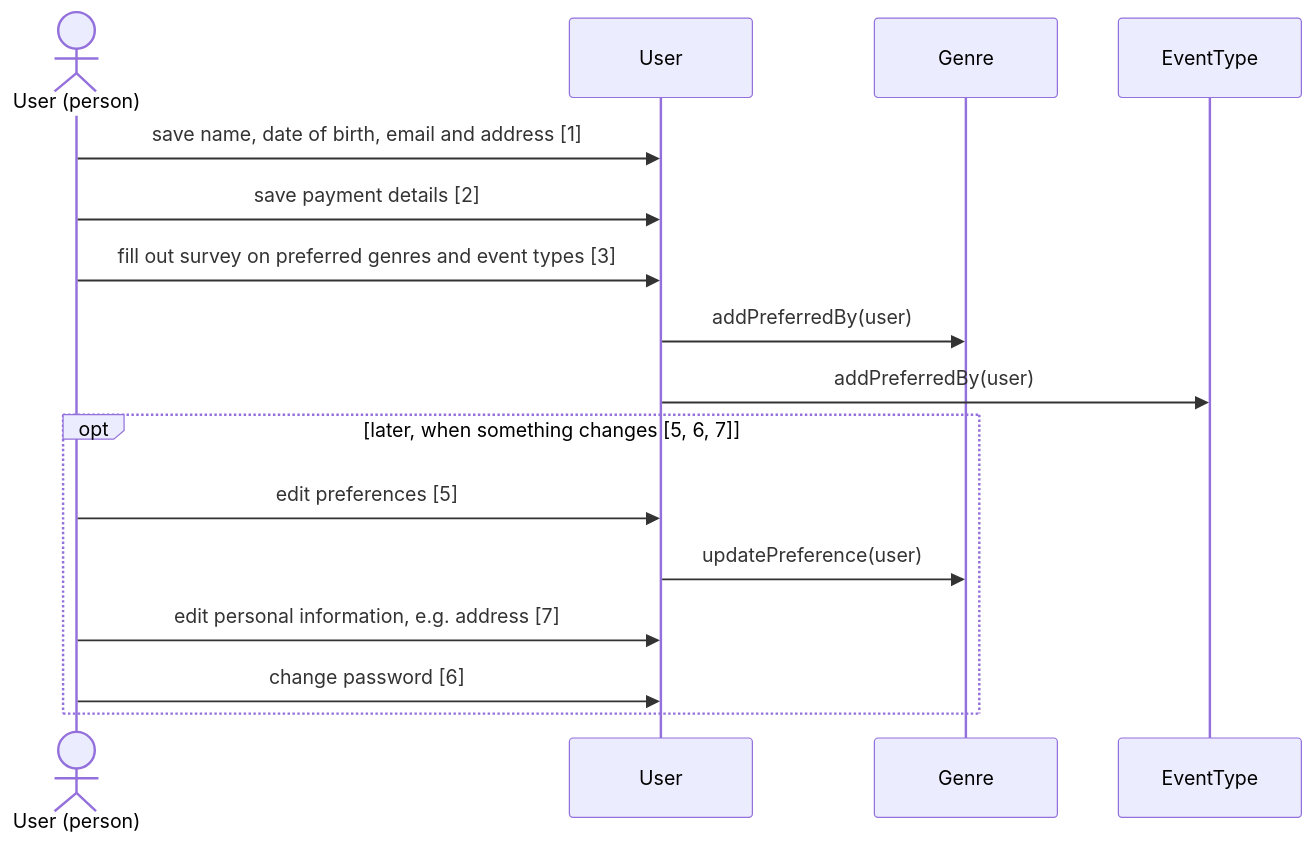
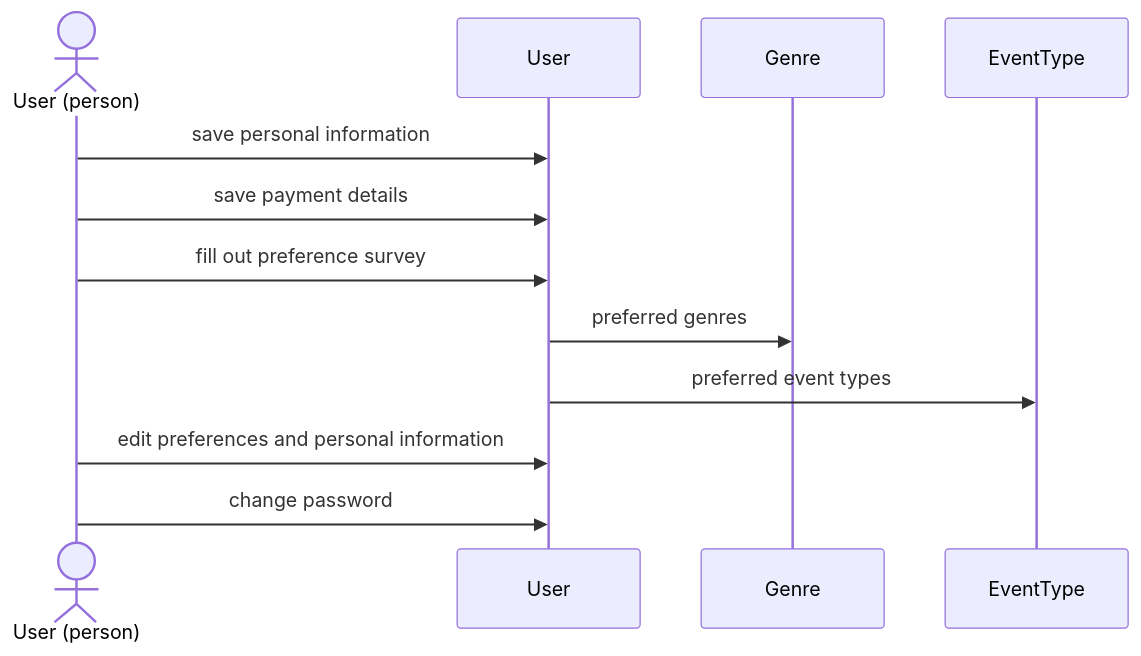
One commit to grumartin/user-story-domain-model-datasets changed the diagram in 4_gold_standard_sequence_diagrams/ticket/sd1_profile.mmd. Above: the diagram before and after it, drawn with Mermaid. The commit also changed 151 other files, not shown here.

Commit message:
Adapt domain models to revised gold and silver standard & Create Sequence Diagrams for all Projects (#2)

```diff
--- a/4_gold_standard_sequence_diagrams/ticket/sd1_profile.mmd
+++ b/4_gold_standard_sequence_diagrams/ticket/sd1_profile.mmd
@@ -1,20 +1,21 @@
 sequenceDiagram
     %% SD1 - Manage profile and preferences
     %% Stories: 1, 2, 3, 5, 6, 7
-    %% Description: A user saves personal and payment details, states preferred genres and event types in a survey, and later edits preferences and personal information or changes the password.
+    %% Description: A user saves personal and payment details, states preferred genres and event types, and keeps the profile up to date.
     actor UP as User (person)
     participant U as User
     participant GE as Genre
     participant ET as EventType
 
-    UP->>U: save name, date of birth, email and address [1]
-    UP->>U: save payment details [2]
-    UP->>U: fill out survey on preferred genres and event types [3]
-    U->>GE: addPreferredBy(user)
-    U->>ET: addPreferredBy(user)
-    opt later, when something changes [5, 6, 7]
-        UP->>U: edit preferences [5]
-        U->>GE: updatePreference(user)
-        UP->>U: edit personal information, e.g. address [7]
-        UP->>U: change password [6]
-    end
+    %% covers 1
+    UP->>U: save personal information
+    %% covers 2
+    UP->>U: save payment details
+    %% covers 3
+    UP->>U: fill out preference survey
+    U->>GE: preferred genres
+    U->>ET: preferred event types
+    %% covers 5, 7
+    UP->>U: edit preferences and personal information
+    %% covers 6
+    UP->>U: change password
```
